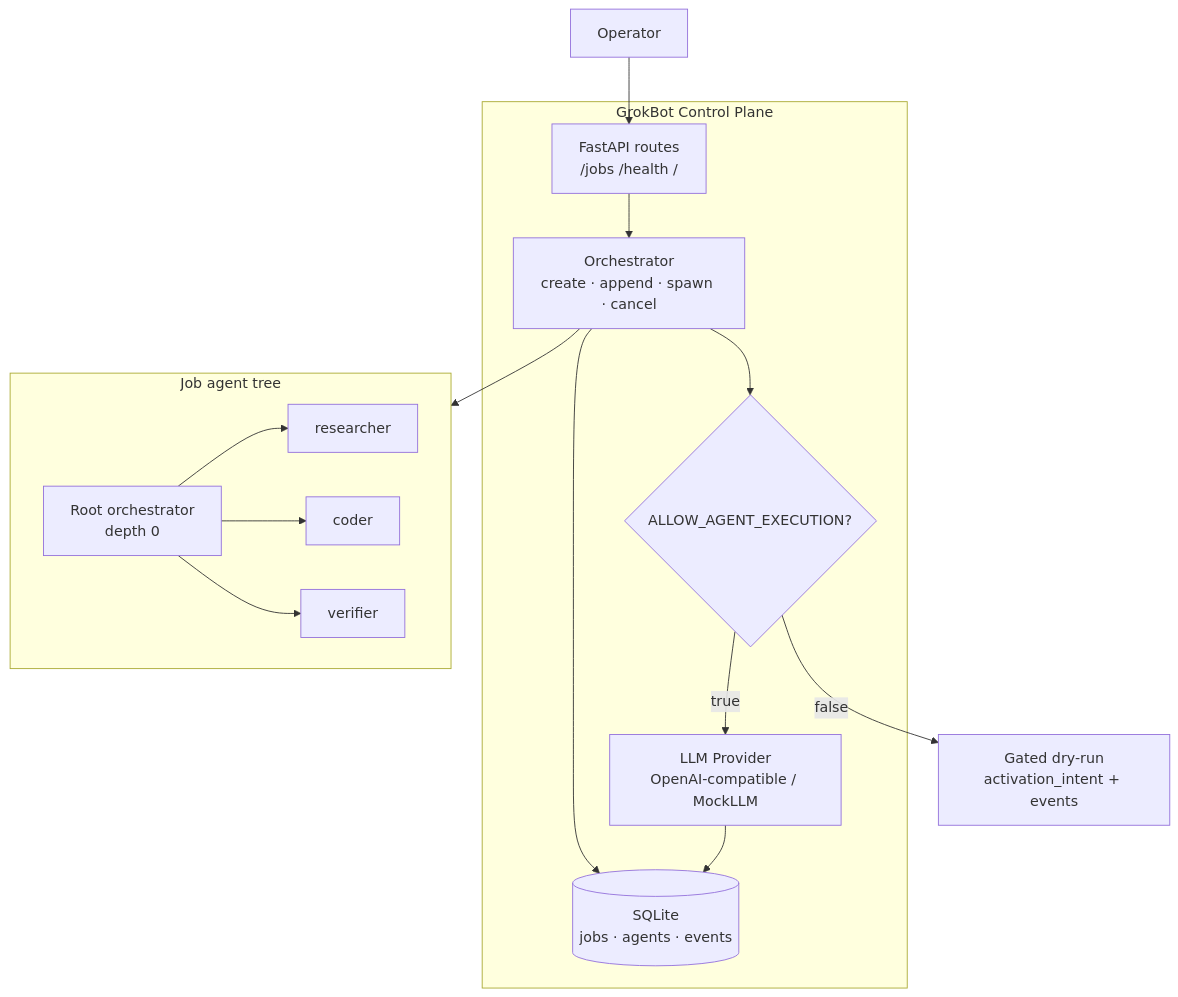
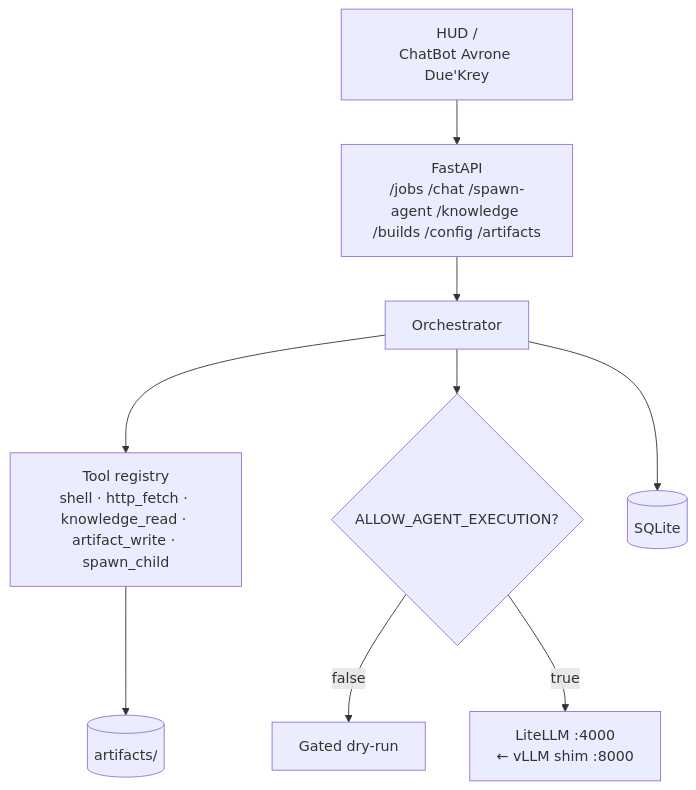
One commit to doitupsolutions810-crow/control704-grokbot-knowledge changed the diagram in orchestrator/README.md. Above: the diagram before and after it, drawn with Mermaid. The commit also changed other lines of this file and 47 other files, not shown here.

First line of the commit message:
Add ChatBot Avrone Due’Krey self-host platform

````diff
--- a/orchestrator/README.md
+++ b/orchestrator/README.md
@@ -7,30 +9,20 @@
 ```mermaid
 flowchart TB
-  subgraph ControlPlane["GrokBot Control Plane"]
-    API["FastAPI routes\n/jobs /health /"]
-    Orch["Orchestrator\ncreate · append · spawn · cancel"]
-    Gate{"ALLOW_AGENT_EXECUTION?"}
-    LLM["LLM Provider\nOpenAI-compatible / MockLLM"]
-    DB[(SQLite\njobs · agents · events)]
-  end
+  HUD["HUD /\nChatBot Avrone Due'Krey"]
+  API["FastAPI\n/jobs /chat /spawn-agent /knowledge /builds /config /artifacts"]
+  Orch["Orchestrator"]
+  Tools["Tool registry\nshell · http_fetch · knowledge_read · artifact_write · spawn_child"]
+  Gate{"ALLOW_AGENT_EXECUTION?"}
+  LLM["LiteLLM :4000\n← vLLM shim :8000"]
+  DB[(SQLite)]
+  Art[(artifacts/)]
 
-  Op[Operator] --> API
+  HUD --> API
   API --> Orch
+  Orch --> Tools
   Orch --> DB
   Orch --> Gate
-  Gate -->|false| Dry["Gated dry-run\nactivation_intent + events"]
+  Gate -->|false| Dry[Gated dry-run]
   Gate -->|true| LLM
-  LLM --> DB
-
-  subgraph Tree["Job agent tree"]
-    Root["Root orchestrator\ndepth 0"]
-    R["researcher"]
-    C["coder"]
-    V["verifier"]
-    Root --> R
-    Root --> C
-    Root --> V
-  end
-
-  Orch --> Tree
+  Tools --> Art
 ```
````
